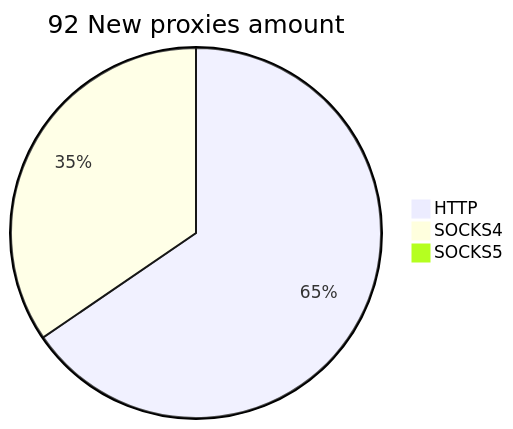
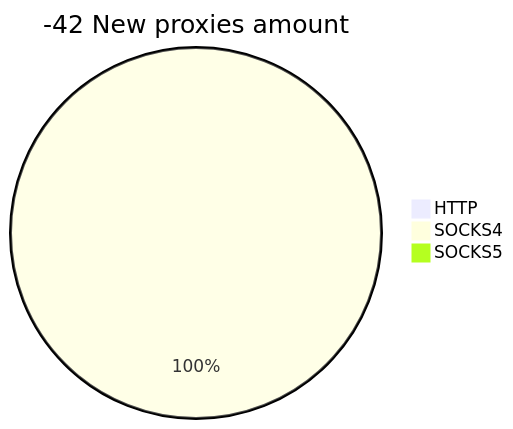
One commit to cutipu/proxylist changed the second of 2 diagrams in README.md. Above: the diagram before and after it, drawn with Mermaid. The commit also changed other lines of this file, not shown here.

````diff
--- a/README.md
+++ b/README.md
@@ -10,6 +10,6 @@
 ```mermaid
-pie title 92 New proxies amount
-    "HTTP" : 72
-    "SOCKS4" : 38
+pie title -42 New proxies amount
+    "HTTP" : 0
+    "SOCKS4" : 2
     "SOCKS5" : 0
 ```
````
